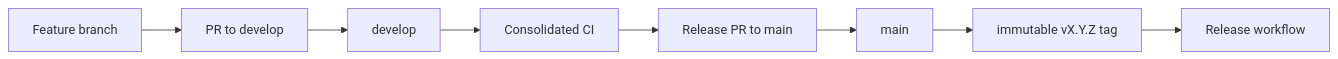
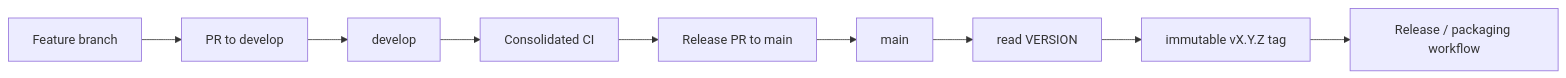
One commit to ExoSpaceLabs/spwkit changed the fifth of 5 diagrams in README.md. Above: the diagram before and after it, drawn with Mermaid. The commit also changed other lines of this file, not shown here.

Commit message:
docs(spwkit): refresh transport and release flow

````diff
--- a/README.md
+++ b/README.md
@@ -323,10 +326,11 @@
 ```mermaid
 flowchart LR
     F["Feature branch"] --> PRD["PR to develop"]
     PRD --> DEV["develop"]
     DEV --> CI["Consolidated CI"]
     CI --> PRM["Release PR to main"]
     PRM --> MAIN["main"]
-    MAIN --> TAG["immutable vX.Y.Z tag"]
-    TAG --> REL["Release workflow"]
+    MAIN --> VER["read VERSION"]
+    VER --> TAG["immutable vX.Y.Z tag"]
+    TAG --> REL["Release / packaging workflow"]
 ```
````
